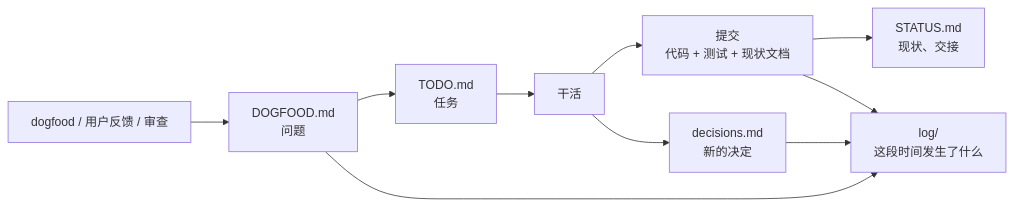
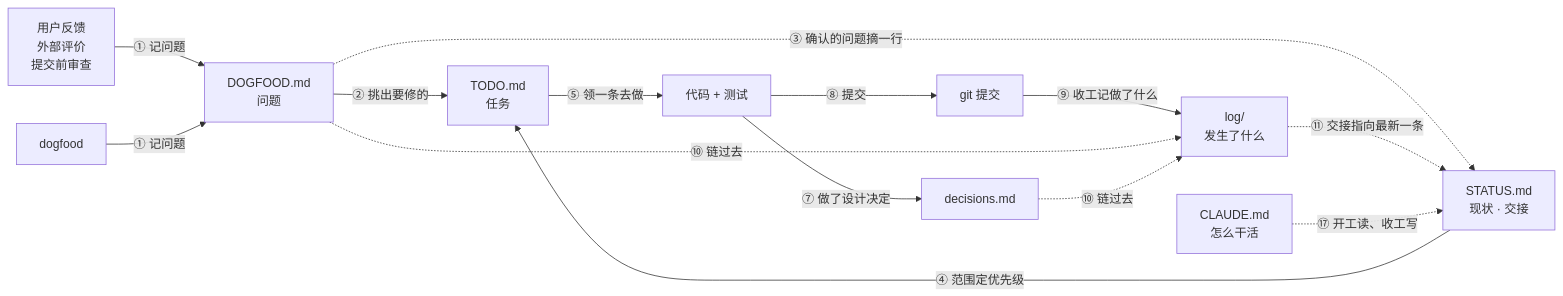
The first of 2 diagrams in docs/README.md (noviorlu/codestrata), drawn with Mermaid before and after one commit. The commit also changed other lines of this file and 4 other files, not shown here.

````diff
--- a/docs/README.md
+++ b/docs/README.md
@@ -25,12 +32,16 @@
 ```mermaid
 flowchart LR
-  D["dogfood / 用户反馈 / 审查"] --> DF["DOGFOOD.md<br/>问题"]
-  DF --> TD["TODO.md<br/>任务"]
-  TD --> W["干活"]
-  W --> C["提交<br/>代码 + 测试 + 现状文档"]
-  W --> DEC["decisions.md<br/>新的决定"]
-  C --> ST["STATUS.md<br/>现状、交接"]
-  C --> LOG["log/<br/>这段时间发生了什么"]
-  DEC --> LOG
-  DF --> LOG
+  FB["用户反馈<br/>外部评价<br/>提交前审查"] -->|"① 记问题"| DF
+  DOG["dogfood"] -->|"① 记问题"| DF
+  DF["DOGFOOD.md<br/>问题"] -->|"② 挑出要修的"| TD["TODO.md<br/>任务"]
+  DF -.->|"③ 确认的问题摘一行"| ST
+  ST["STATUS.md<br/>现状 · 交接"] -->|"④ 范围定优先级"| TD
+  TD -->|"⑤ 领一条去做"| CODE["代码 + 测试"]
+  CODE -->|"⑦ 做了设计决定"| DC["decisions.md"]
+  CODE -->|"⑧ 提交"| GIT["git 提交"]
+  GIT -->|"⑨ 收工记做了什么"| LG["log/<br/>发生了什么"]
+  DF -.->|"⑩ 链过去"| LG
+  DC -.->|"⑩ 链过去"| LG
+  LG -.->|"⑪ 交接指向最新一条"| ST
+  CL["CLAUDE.md<br/>怎么干活"] -.->|"⑰ 开工读、收工写"| ST
 ```
````
